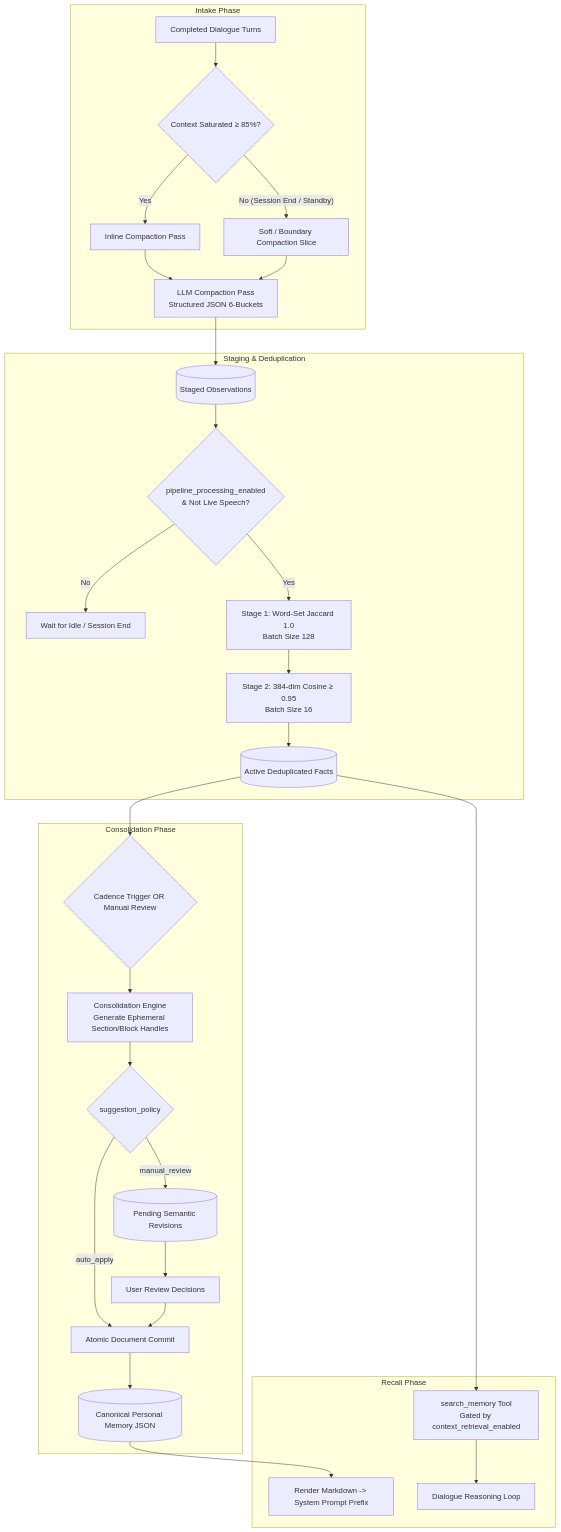
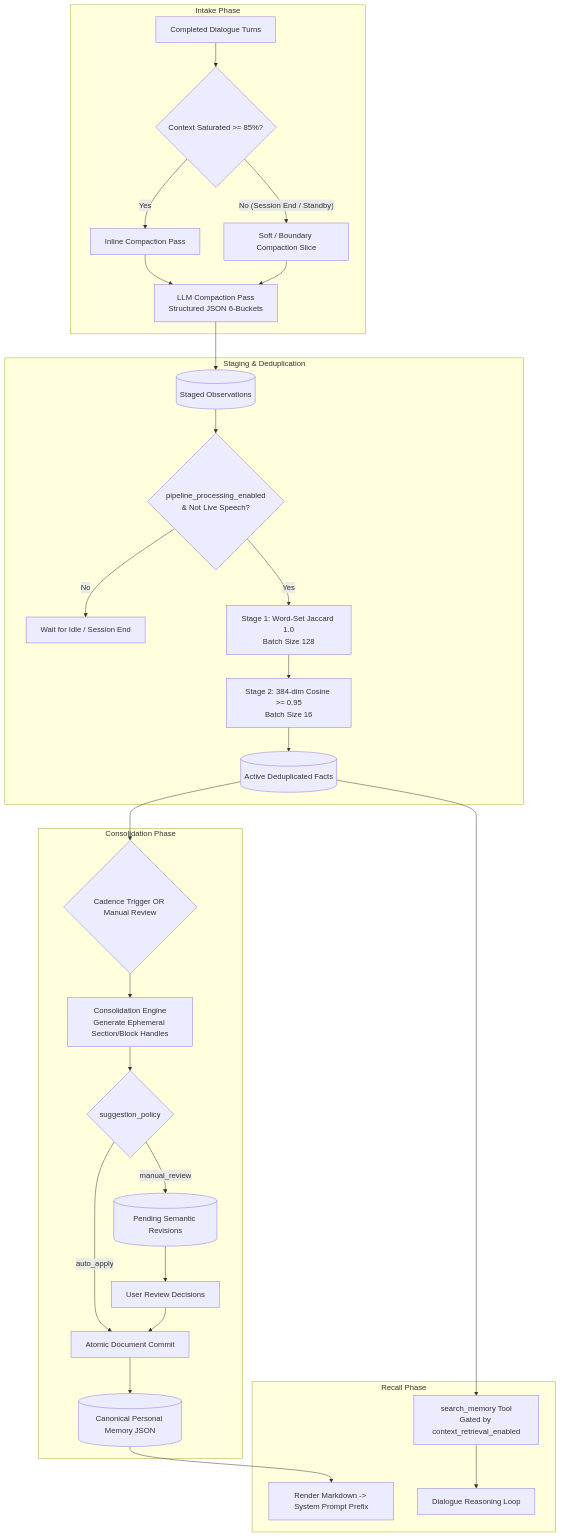
One commit to addy-47/vox changed the diagram in docs/specs/memory-spec.md. Above: the diagram before and after it, drawn with Mermaid. The commit also changed 75 other files, not shown here.

````diff
--- a/docs/specs/memory-spec.md
+++ b/docs/specs/memory-spec.md
@@ -33,35 +33,36 @@
 ```mermaid
 flowchart TD
-    subgraph Intake Phase
-        Turns[Completed Dialogue Turns] --> Eval{Context Saturated ≥ 85%?}
-        Eval -- Yes --> Inline[Inline Compaction Pass]
-        Eval -- No (Session End / Standby) --> Slice[Soft / Boundary Compaction Slice]
-        Inline & Slice --> Extract[LLM Compaction Pass<br/>Structured JSON 6-Buckets]
+    subgraph IntakePhase ["Intake Phase"]
+        Turns["Completed Dialogue Turns"] --> Eval{"Context Saturated >= 85%?"}
+        Eval -- Yes --> Inline["Inline Compaction Pass"]
+        Eval -- "No (Session End / Standby)" --> Slice["Soft / Boundary Compaction Slice"]
+        Inline & Slice --> Extract["LLM Compaction Pass<br/>Structured JSON 6-Buckets"]
     end
 
-    subgraph Staging & Deduplication
-        Extract --> Staged[(Staged Observations)]
-        Staged --> SweepGate{pipeline_processing_enabled<br/>& Not Live Speech?}
-        SweepGate -- No --> WaitSweep[Wait for Idle / Session End]
-        SweepGate -- Yes --> Stage1[Stage 1: Word-Set Jaccard 1.0<br/>Batch Size 128]
-        Stage1 --> Stage2[Stage 2: 384-dim Cosine ≥ 0.95<br/>Batch Size 16]
-        Stage2 --> ActiveObs[(Active Deduplicated Facts)]
+    subgraph StagingPhase ["Staging & Deduplication"]
+        Extract --> Staged[("Staged Observations")]
+        SweepGate{"pipeline_processing_enabled<br/>& Not Live Speech?"}
+        Staged --> SweepGate
+        SweepGate -- No --> WaitSweep["Wait for Idle / Session End"]
+        SweepGate -- Yes --> Stage1["Stage 1: Word-Set Jaccard 1.0<br/>Batch Size 128"]
+        Stage1 --> Stage2["Stage 2: 384-dim Cosine >= 0.95<br/>Batch Size 16"]
+        Stage2 --> ActiveObs[("Active Deduplicated Facts")]
     end
 
-    subgraph Consolidation Phase
-        ActiveObs --> ConsolidateGate{Cadence Trigger OR Manual Review}
-        ConsolidateGate --> LLMConsolidate[Consolidation Engine<br/>Generate Ephemeral Section/Block Handles]
-        LLMConsolidate --> Policy{suggestion_policy}
-        Policy -- manual_review --> Revisions[(Pending Semantic Revisions)]
-        Policy -- auto_apply --> CommitDoc[Atomic Document Commit]
-        Revisions --> UserReview[User Review Decisions]
+    subgraph ConsolidationPhase ["Consolidation Phase"]
+        ActiveObs --> ConsolidateGate{"Cadence Trigger OR Manual Review"}
+        ConsolidateGate --> LLMConsolidate["Consolidation Engine<br/>Generate Ephemeral Section/Block Handles"]
+        LLMConsolidate --> Policy{"suggestion_policy"}
+        Policy -- manual_review --> Revisions[("Pending Semantic Revisions")]
+        Policy -- auto_apply --> CommitDoc["Atomic Document Commit"]
+        Revisions --> UserReview["User Review Decisions"]
         UserReview --> CommitDoc
-        CommitDoc --> Persist[(Canonical Personal Memory JSON)]
+        CommitDoc --> Persist[("Canonical Personal Memory JSON")]
     end
 
-    subgraph Recall Phase
-        Persist --> PromptInj[Render Markdown -> System Prompt Prefix]
-        ActiveObs --> SearchTool[search_memory Tool<br/>Gated by context_retrieval_enabled]
-        SearchTool --> Dialogue[Dialogue Reasoning Loop]
+    subgraph RecallPhase ["Recall Phase"]
+        Persist --> PromptInj["Render Markdown -> System Prompt Prefix"]
+        ActiveObs --> SearchTool["search_memory Tool<br/>Gated by context_retrieval_enabled"]
+        SearchTool --> Dialogue["Dialogue Reasoning Loop"]
     end
 ```
````
